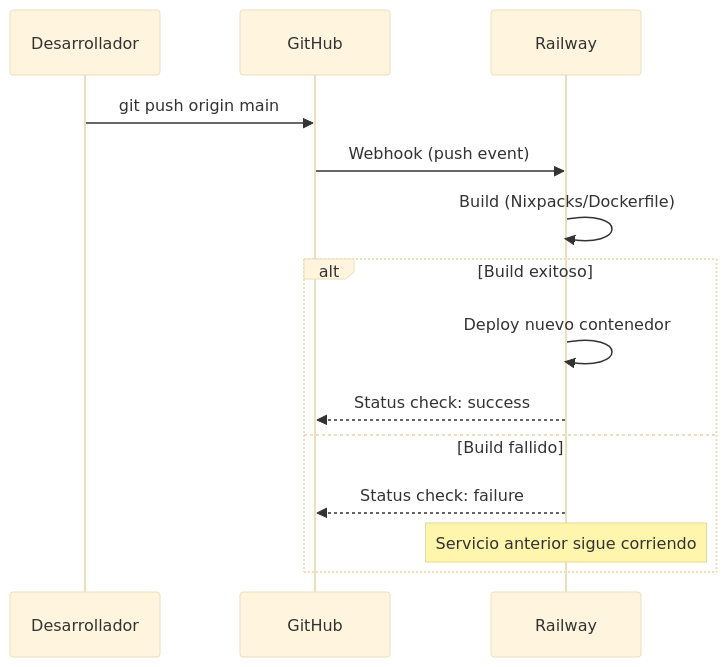
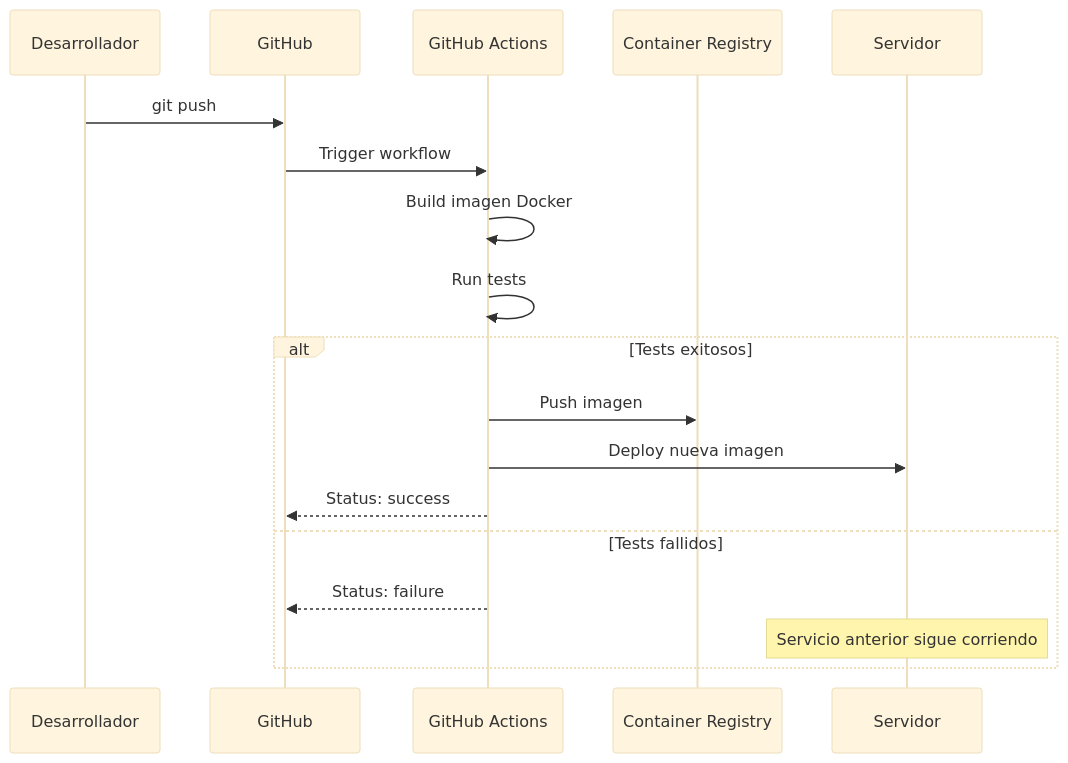
Before and after one commit to GDI-APGLv3/GDI-Docs: the first of 2 diagrams in docs/desarrollo/deploy/github-actions.md, drawn with Mermaid (base theme). The commit also changed other lines of this file and 43 other files, not shown here.

First line of the commit message:
docs: migrar Railway a Docker + limpiar servicios deprecados

````diff
--- a/docs/desarrollo/deploy/github-actions.md
+++ b/docs/desarrollo/deploy/github-actions.md
@@ -45,17 +37,21 @@
 ```mermaid
 sequenceDiagram
     participant Dev as Desarrollador
     participant GH as GitHub
-    participant RW as Railway
+    participant CI as GitHub Actions
+    participant Reg as Container Registry
+    participant Srv as Servidor
 
-    Dev->>GH: git push origin main
-    GH->>RW: Webhook (push event)
-    RW->>RW: Build (Nixpacks/Dockerfile)
-    alt Build exitoso
-        RW->>RW: Deploy nuevo contenedor
-        RW-->>GH: Status check: success
-    else Build fallido
-        RW-->>GH: Status check: failure
-        Note over RW: Servicio anterior sigue corriendo
+    Dev->>GH: git push
+    GH->>CI: Trigger workflow
+    CI->>CI: Build imagen Docker
+    CI->>CI: Run tests
+    alt Tests exitosos
+        CI->>Reg: Push imagen
+        CI->>Srv: Deploy nueva imagen
+        CI-->>GH: Status: success
+    else Tests fallidos
+        CI-->>GH: Status: failure
+        Note over Srv: Servicio anterior sigue corriendo
     end
 ```
````
